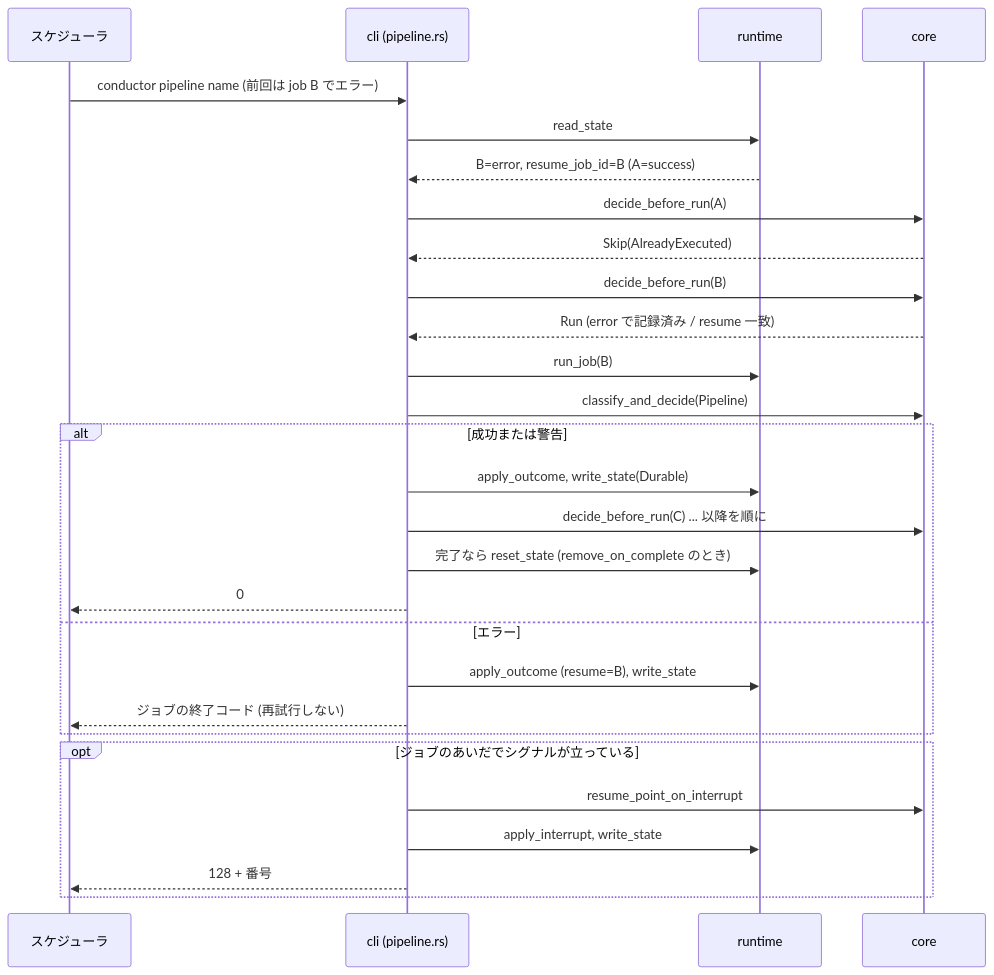
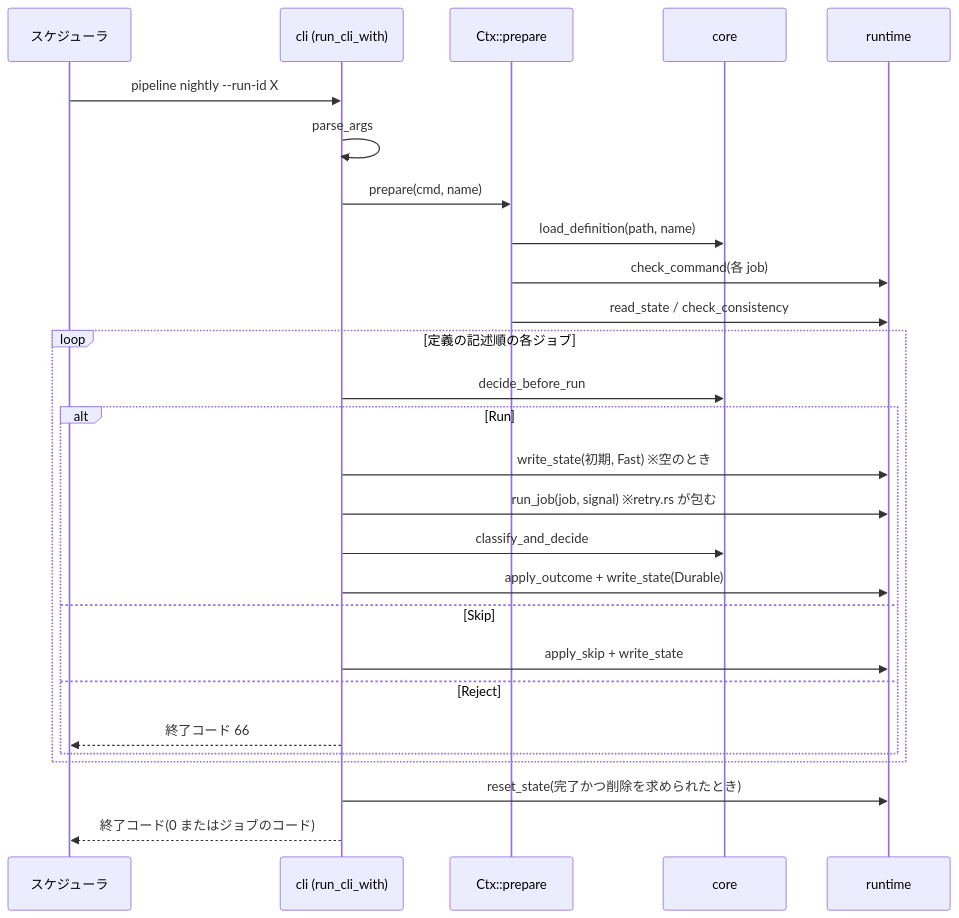
The second of 3 diagrams in aidlc/spaces/default/codekb/rust-job-conductor/architecture.md (agwlvssainokuni/rust-job-conductor), drawn with Mermaid before and after one commit. The commit also changed other lines of this file and 12 other files, not shown here.

Commit message:
AI-DLC: env-graph-dryrun-init の reverse-engineering を承認(コード知識ベースを全体の再スキャンで更新)

````diff
--- a/aidlc/spaces/default/codekb/rust-job-conductor/architecture.md
+++ b/aidlc/spaces/default/codekb/rust-job-conductor/architecture.md
@@ -133,30 +74,29 @@
 ```mermaid
 sequenceDiagram
-    participant S as スケジューラ
-    participant CLI as cli (pipeline.rs)
+    participant U as スケジューラ
+    participant CLI as cli (run_cli_with)
+    participant CTX as Ctx::prepare
+    participant CORE as core
     participant RT as runtime
-    participant CORE as core
-    S->>CLI: conductor pipeline name (前回は job B でエラー)
-    CLI->>RT: read_state
-    RT-->>CLI: B=error, resume_job_id=B (A=success)
-    CLI->>CORE: decide_before_run(A)
-    CORE-->>CLI: Skip(AlreadyExecuted)
-    CLI->>CORE: decide_before_run(B)
-    CORE-->>CLI: Run (error で記録済み / resume 一致)
-    CLI->>RT: run_job(B)
-    CLI->>CORE: classify_and_decide(Pipeline)
-    alt 成功または警告
-        CLI->>RT: apply_outcome, write_state(Durable)
-        CLI->>CORE: decide_before_run(C) ... 以降を順に
-        CLI->>RT: 完了なら reset_state (remove_on_complete のとき)
-        CLI-->>S: 0
-    else エラー
-        CLI->>RT: apply_outcome (resume=B), write_state
-        CLI-->>S: ジョブの終了コード (再試行しない)
+    U->>CLI: pipeline nightly --run-id X
+    CLI->>CLI: parse_args
+    CLI->>CTX: prepare(cmd, name)
+    CTX->>CORE: load_definition(path, name)
+    CTX->>RT: check_command(各 job)
+    CTX->>RT: read_state / check_consistency
+    loop 定義の記述順の各ジョブ
+        CLI->>CORE: decide_before_run
+        alt Run
+            CLI->>RT: write_state(初期, Fast) ※空のとき
+            CLI->>RT: run_job(job, signal) ※retry.rs が包む
+            CLI->>CORE: classify_and_decide
+            CLI->>RT: apply_outcome + write_state(Durable)
+        else Skip
+            CLI->>RT: apply_skip + write_state
+        else Reject
+            CLI-->>U: 終了コード 66
+        end
     end
-    opt ジョブのあいだでシグナルが立っている
-        CLI->>CORE: resume_point_on_interrupt
-        CLI->>RT: apply_interrupt, write_state
-        CLI-->>S: 128 + 番号
-    end
+    CLI->>RT: reset_state(完了かつ削除を求められたとき)
+    CLI-->>U: 終了コード(0 またはジョブのコード)
 ```
````
